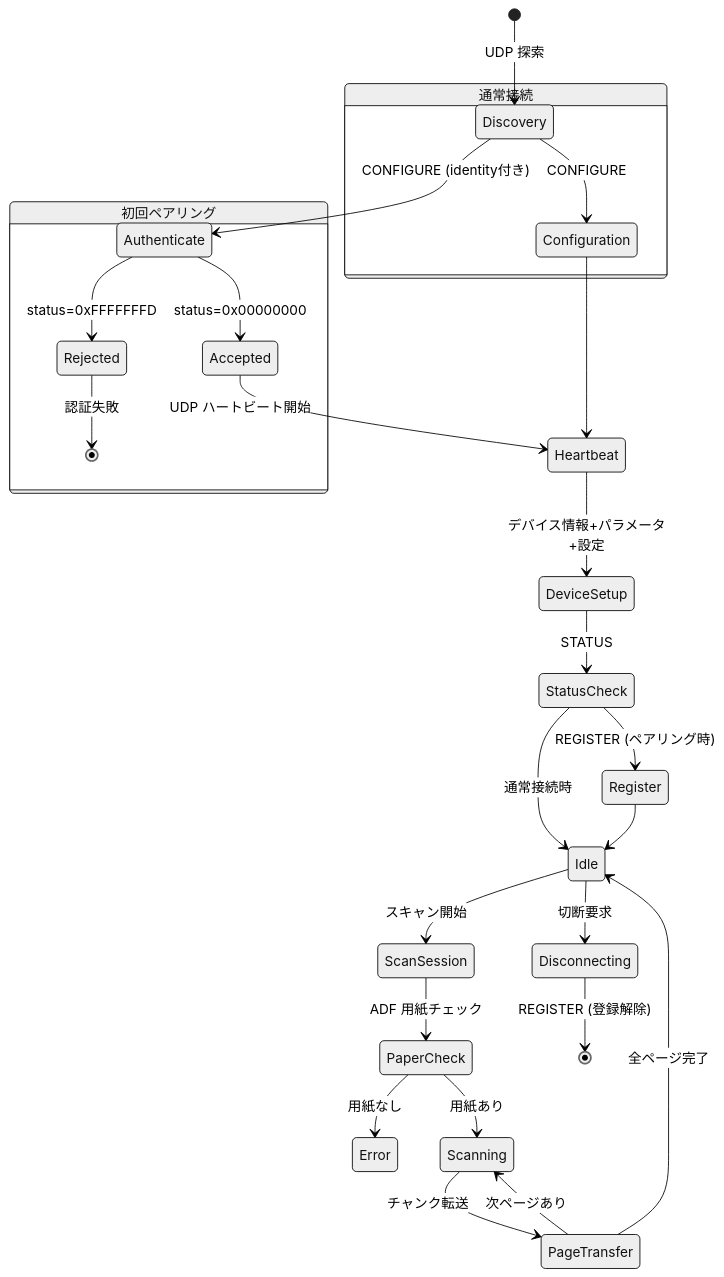
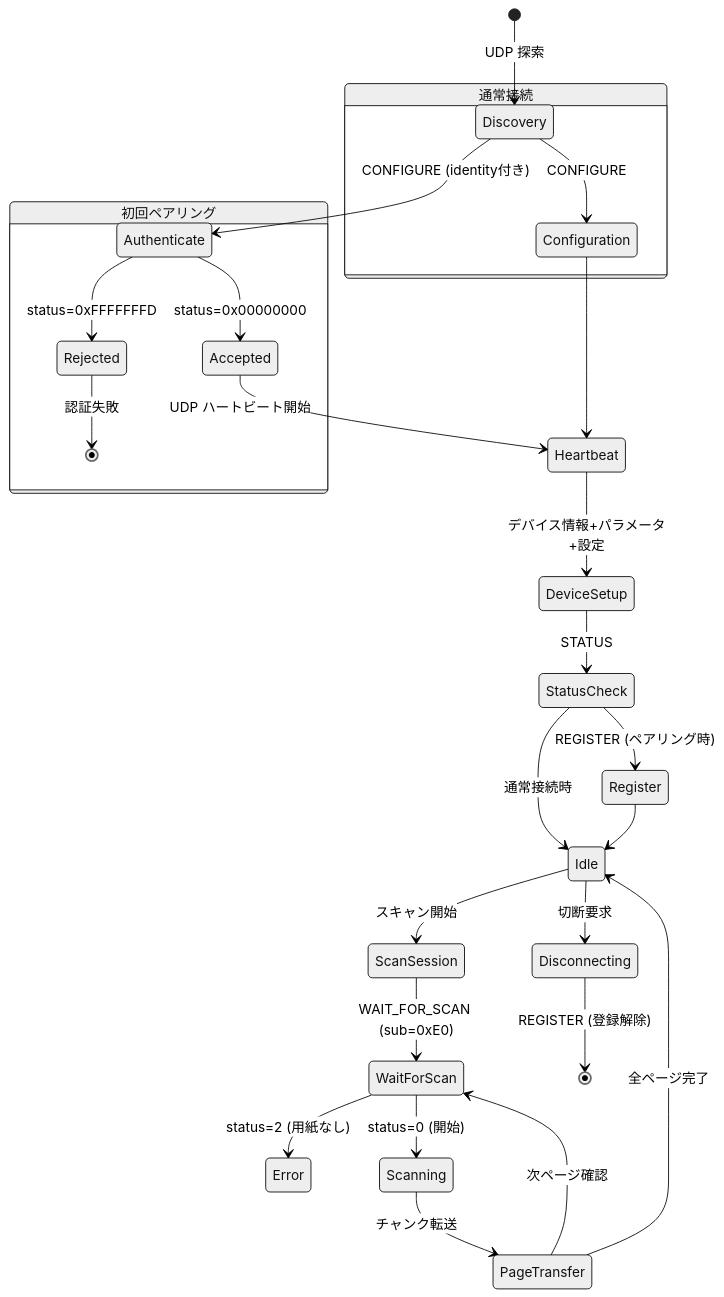
One commit to mzyy94/AirScap changed the fourth of 4 diagrams in protocol.md. Above: the diagram before and after it, drawn with Mermaid (neutral theme). The commit also changed other lines of this file and 7 other files, not shown here.

Commit message:
Fix ADF paper presence detection and page query protocol

````diff
--- a/protocol.md
+++ b/protocol.md
@@ -810,35 +831,35 @@
 ```mermaid
 stateDiagram-v2
     [*] --> Discovery: UDP 探索
 
     state "初回ペアリング" as Pairing {
         Discovery --> Authenticate: CONFIGURE (identity付き)
         Authenticate --> Rejected: status=0xFFFFFFFD
         Rejected --> [*]: 認証失敗
         Authenticate --> Accepted: status=0x00000000
     }
 
     state "通常接続" as Normal {
         Discovery --> Configuration: CONFIGURE
     }
 
     Accepted --> Heartbeat: UDP ハートビート開始
     Configuration --> Heartbeat
 
     Heartbeat --> DeviceSetup: デバイス情報+パラメータ+設定
     DeviceSetup --> StatusCheck: STATUS
     StatusCheck --> Register: REGISTER (ペアリング時)
     StatusCheck --> Idle: 通常接続時
     Register --> Idle
 
     Idle --> ScanSession: スキャン開始
-    ScanSession --> PaperCheck: ADF 用紙チェック
-    PaperCheck --> Error: 用紙なし
-    PaperCheck --> Scanning: 用紙あり
+    ScanSession --> WaitForScan: WAIT_FOR_SCAN (sub=0xE0)
+    WaitForScan --> Error: status=2 (用紙なし)
+    WaitForScan --> Scanning: status=0 (開始)
     Scanning --> PageTransfer: チャンク転送
-    PageTransfer --> Scanning: 次ページあり
+    PageTransfer --> WaitForScan: 次ページ確認
     PageTransfer --> Idle: 全ページ完了
 
     Idle --> Disconnecting: 切断要求
     Disconnecting --> [*]: REGISTER (登録解除)
 ```
````
